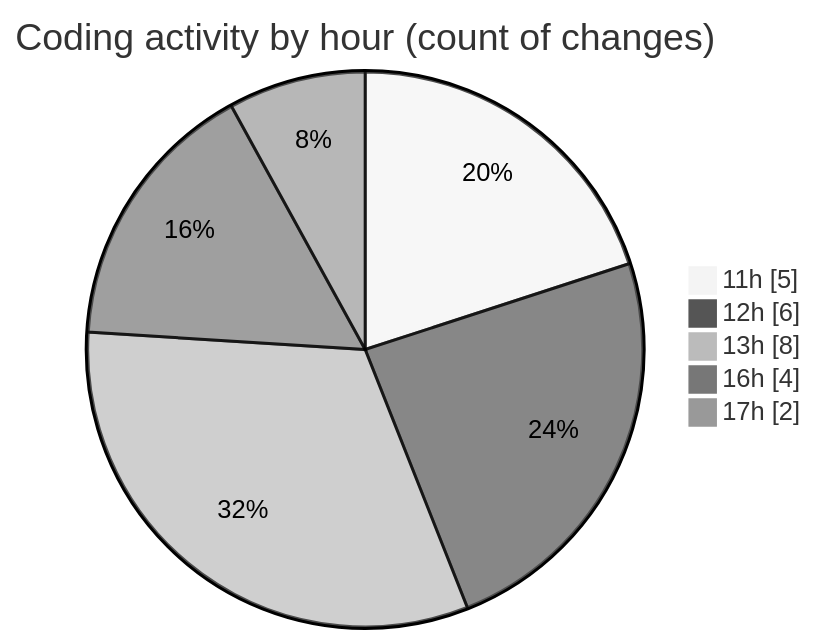
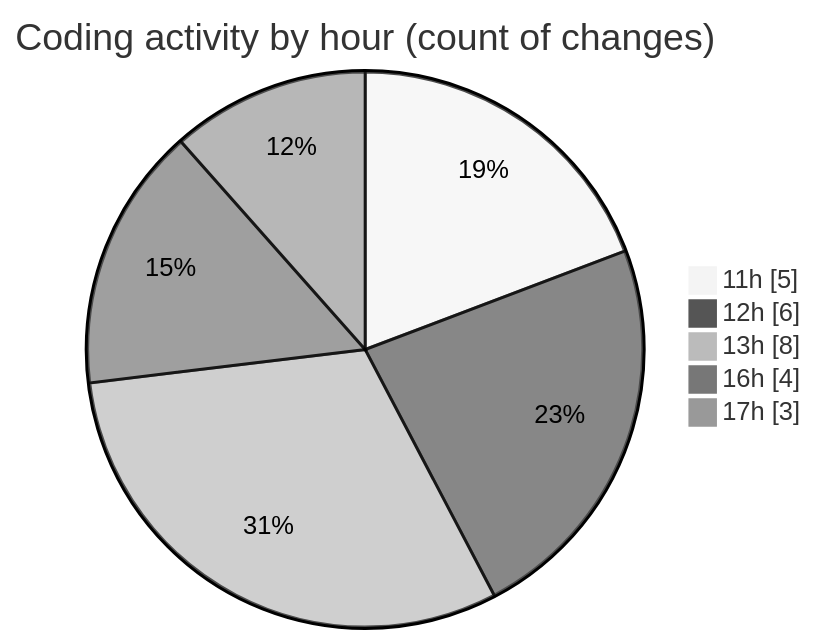
One commit to momahboobian/code-tracking changed the second of 2 diagrams in 2026-02-18/cda/README.md. Above: the diagram before and after it, drawn with Mermaid (neutral theme). The commit also changed other lines of this file and 1 other file, not shown here.

````diff
--- a/2026-02-18/cda/README.md
+++ b/2026-02-18/cda/README.md
@@ -40,9 +41,9 @@
 ```mermaid
 pie showData
 title Coding activity by hour (count of changes)
 "11h" : 5
 "12h" : 6
 "13h" : 8
 "16h" : 4
-"17h" : 2
+"17h" : 3
 ```
````
